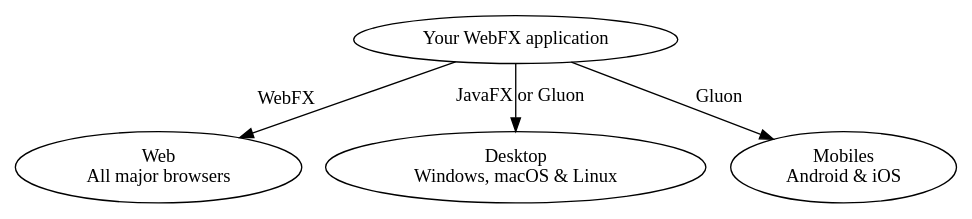
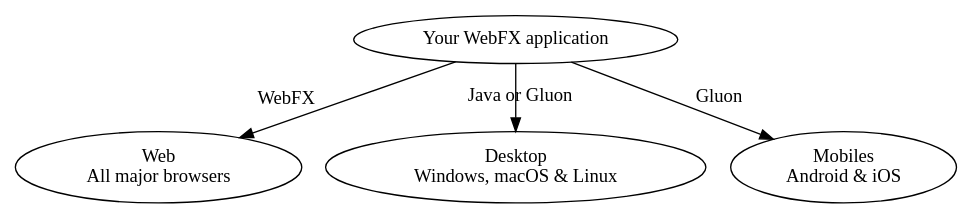
The second of 5 diagrams in src/main/asciidoc/webfx-docs.adoc (webfx-project/webfx-docs), drawn with Graphviz before and after one commit. The commit also changed other lines of this file, not shown here.

```diff
--- a/src/main/asciidoc/webfx-docs.adoc
+++ b/src/main/asciidoc/webfx-docs.adoc
@@ -128,8 +128,8 @@
 [graphviz, webfx-cross-platform, format=svg]
 ----
 digraph {
     "Your WebFX application" -> "Web\nAll major browsers" [headlabel="WebFX" labeldistance=4.5 labelangle=20];
-    "Your WebFX application" -> "Desktop\nWindows, macOS & Linux" [headlabel="JavaFX or Gluon" labeldistance=2.7 labelangle=-7];
+    "Your WebFX application" -> "Desktop\nWindows, macOS & Linux" [headlabel="Java or Gluon" labeldistance=2.7 labelangle=-7];
     "Your WebFX application" -> "Mobiles\nAndroid & iOS" [label="Gluon"];
 }
 ----
```
